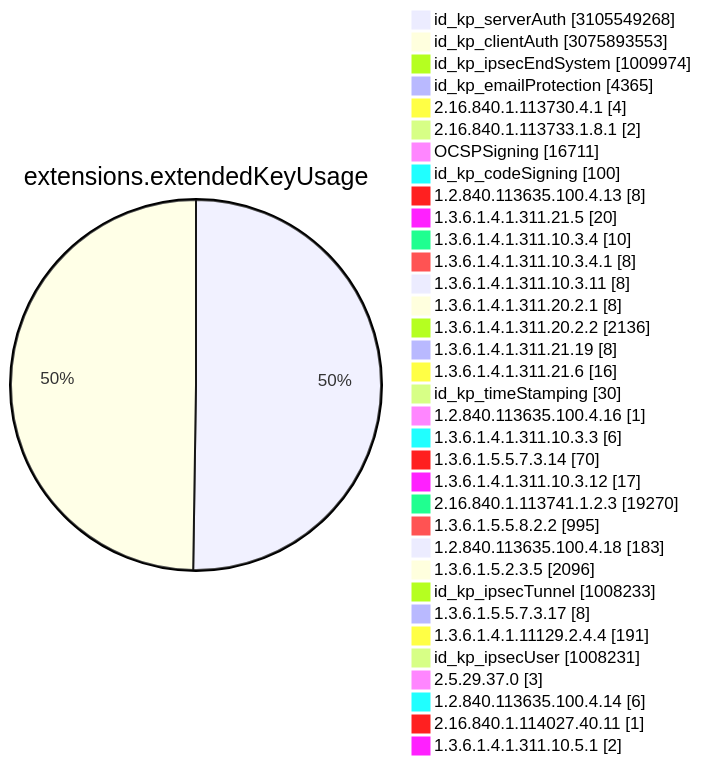
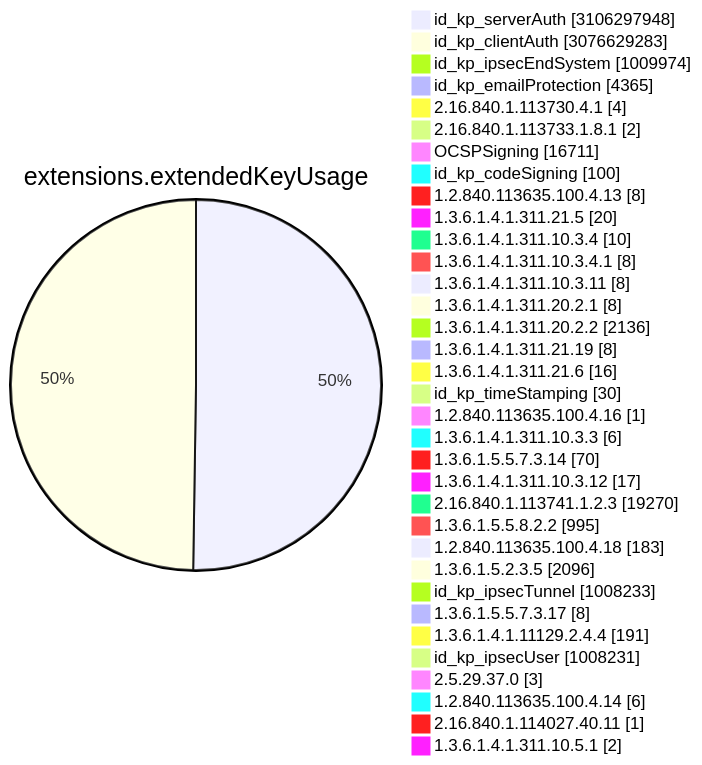
Before and after one commit to christiankrug/ctmonitor_visualization: diagram 11 of 15 in TOTAL/README.md, drawn with Mermaid. The commit also changed other lines of this file, not shown here.

````diff
--- a/TOTAL/README.md
+++ b/TOTAL/README.md
@@ -4117,38 +4117,38 @@
 ```mermaid
 pie showData
 title extensions.extendedKeyUsage
-"id_kp_serverAuth" :3105549268
-"id_kp_clientAuth" :3075893553
+"id_kp_serverAuth" :3106297948
+"id_kp_clientAuth" :3076629283
 "id_kp_ipsecEndSystem" :1009974
 "id_kp_emailProtection" :4365
 "2.16.840.1.113730.4.1" :4
 "2.16.840.1.113733.1.8.1" :2
 "OCSPSigning" :16711
 "id_kp_codeSigning" :100
 "1.2.840.113635.100.4.13" :8
 "1.3.6.1.4.1.311.21.5" :20
 "1.3.6.1.4.1.311.10.3.4" :10
 "1.3.6.1.4.1.311.10.3.4.1" :8
 "1.3.6.1.4.1.311.10.3.11" :8
 "1.3.6.1.4.1.311.20.2.1" :8
 "1.3.6.1.4.1.311.20.2.2" :2136
 "1.3.6.1.4.1.311.21.19" :8
 "1.3.6.1.4.1.311.21.6" :16
 "id_kp_timeStamping" :30
 "1.2.840.113635.100.4.16" :1
 "1.3.6.1.4.1.311.10.3.3" :6
 "1.3.6.1.5.5.7.3.14" :70
 "1.3.6.1.4.1.311.10.3.12" :17
 "2.16.840.1.113741.1.2.3" :19270
 "1.3.6.1.5.5.8.2.2" :995
 "1.2.840.113635.100.4.18" :183
 "1.3.6.1.5.2.3.5" :2096
 "id_kp_ipsecTunnel" :1008233
 "1.3.6.1.5.5.7.3.17" :8
 "1.3.6.1.4.1.11129.2.4.4" :191
 "id_kp_ipsecUser" :1008231
 "2.5.29.37.0" :3
 "1.2.840.113635.100.4.14" :6
 "2.16.840.1.114027.40.11" :1
 "1.3.6.1.4.1.311.10.5.1" :2
 ```
````
